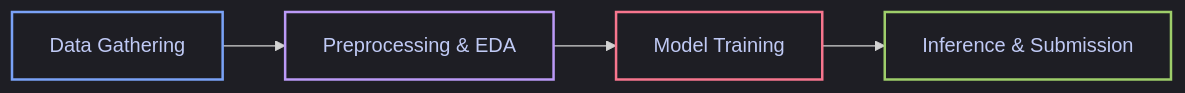
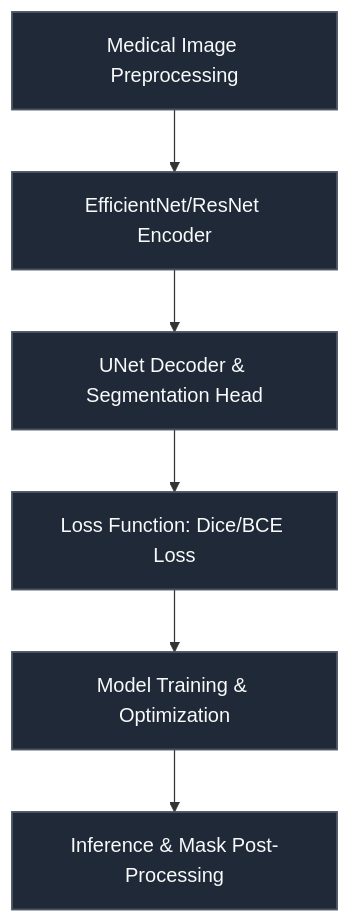
The diagram in README.md (RAFIRE-ESSE/Fake-Scene-Classification-Challenge), drawn with Mermaid before and after one commit. The commit also changed other lines of this file, not shown here.

````diff
--- a/README.md
+++ b/README.md
@@ -19,11 +25,14 @@
 ```mermaid
-%%{init: {'theme': 'dark', 'themeVariables': { 'background': '#0f0f12', 'primaryColor': '#1a1b26', 'edgeLabelBackground':'#11111b', 'tertiaryColor': '#1a1b26'}}}%%
-flowchart LR
-    A[Data Gathering] --> B[Preprocessing & EDA]
-    B --> C[Model Training]
-    C --> D[Inference & Submission]
-    style A fill:#1e1e24,stroke:#7aa2f7,stroke-width:2px,color:#c0caf5
-    style B fill:#1e1e24,stroke:#bb9af7,stroke-width:2px,color:#c0caf5
-    style C fill:#1e1e24,stroke:#f7768e,stroke-width:2px,color:#c0caf5
-    style D fill:#1e1e24,stroke:#9ece6a,stroke-width:2px,color:#c0caf5
+flowchart TD
+    Images[Medical Image Preprocessing] --> Encoder[EfficientNet/ResNet Encoder]
+    Encoder --> Decoder[UNet Decoder & Segmentation Head]
+    Decoder --> Loss[Loss Function: Dice/BCE Loss]
+    Loss --> Train[Model Training & Optimization]
+    Train --> Inf[Inference & Mask Post-Processing]
+    style Images fill:#1f2937,stroke:#4b5563,stroke-width:1.5px,color:#f9fafb
+    style Encoder fill:#1f2937,stroke:#4b5563,stroke-width:1.5px,color:#f9fafb
+    style Decoder fill:#1f2937,stroke:#4b5563,stroke-width:1.5px,color:#f9fafb
+    style Loss fill:#1f2937,stroke:#4b5563,stroke-width:1.5px,color:#f9fafb
+    style Train fill:#1f2937,stroke:#4b5563,stroke-width:1.5px,color:#f9fafb
+    style Inf fill:#1f2937,stroke:#4b5563,stroke-width:1.5px,color:#f9fafb
 ```
````
